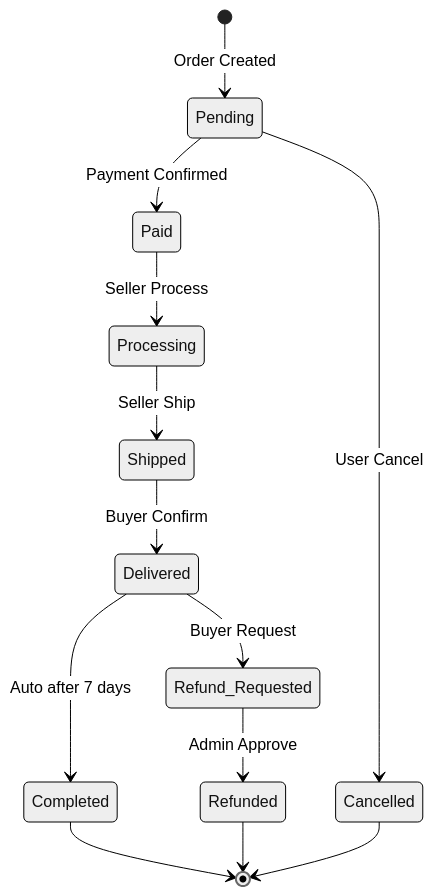
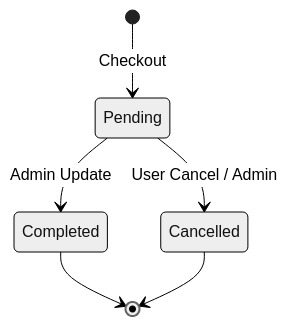
The second of 2 diagrams in docs/features/feature-summary.md (Sadamdi/GDGOC-Ecommerce), drawn with Mermaid (neutral theme) before and after one commit. The commit also changed other lines of this file and 24 other files, not shown here.

````diff
--- a/docs/features/feature-summary.md
+++ b/docs/features/feature-summary.md
@@ -150,15 +170,8 @@
 ```mermaid
 stateDiagram-v2
-    [*] --> Pending: Order Created
-    Pending --> Paid: Payment Confirmed
-    Pending --> Cancelled: User Cancel
-    Paid --> Processing: Seller Process
-    Processing --> Shipped: Seller Ship
-    Shipped --> Delivered: Buyer Confirm
-    Delivered --> Completed: Auto after 7 days
-    Delivered --> Refund_Requested: Buyer Request
-    Refund_Requested --> Refunded: Admin Approve
+    [*] --> Pending: Checkout
+    Pending --> Completed: Admin Update
+    Pending --> Cancelled: User Cancel / Admin
     Completed --> [*]
     Cancelled --> [*]
-    Refunded --> [*]
 ```
````
